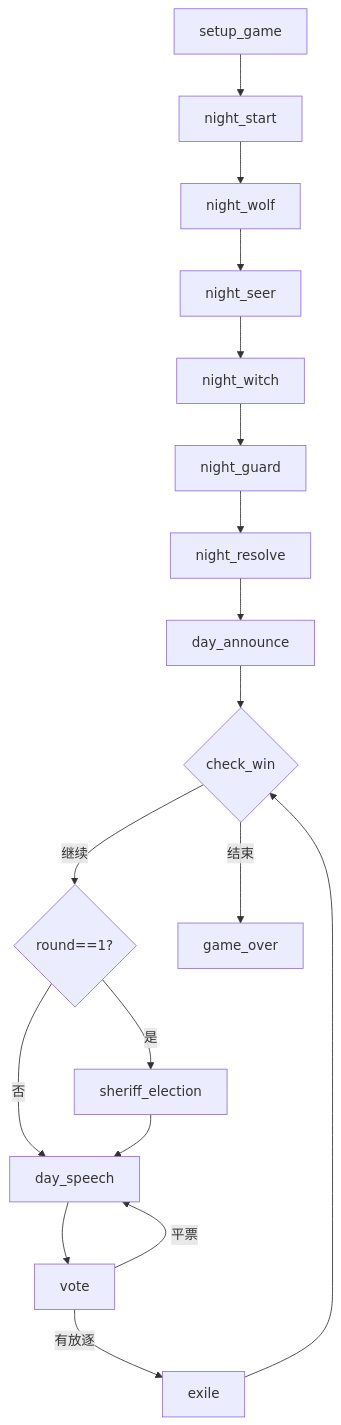
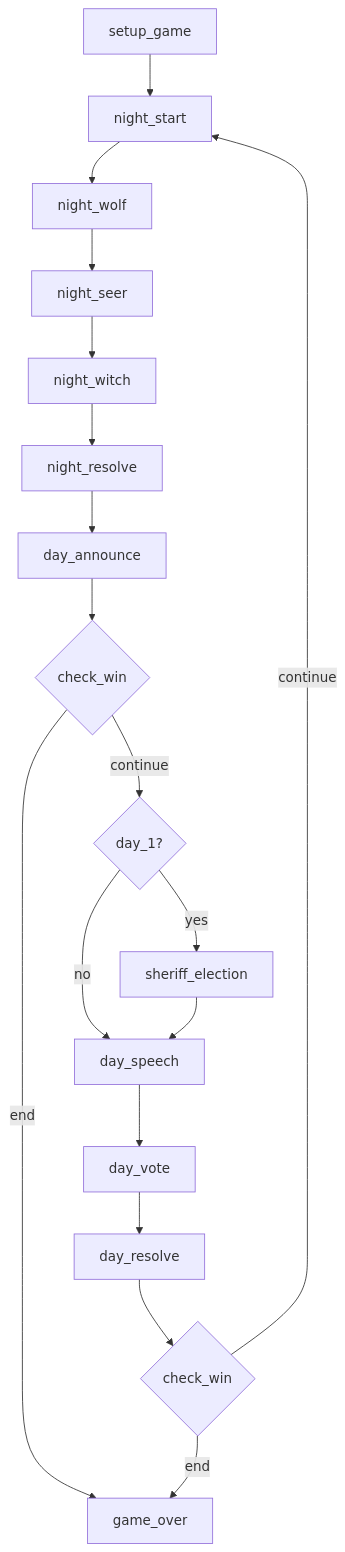
The diagram in PLAN.md (upczww/CyberWolf), drawn with Mermaid before and after one commit. The commit also changed other lines of this file and 71 other files, not shown here.

````diff
--- a/PLAN.md
+++ b/PLAN.md
@@ -80,20 +342,20 @@
 ```mermaid
 graph TD
     A[setup_game] --> B[night_start]
     B --> C[night_wolf]
     C --> D[night_seer]
     D --> E[night_witch]
-    E --> F[night_guard]
-    F --> G[night_resolve]
-    G --> H[day_announce]
-    H --> I{check_win}
-    I --继续--> J{round==1?}
-    J --是--> K[sheriff_election]
-    J --否--> L[day_speech]
-    K --> L
-    L --> M[vote]
-    M --有放逐--> N[exile]
-    M --平票--> L
-    N --> I
-    I --结束--> O[game_over]
+    E --> F[night_resolve]
+    F --> G[day_announce]
+    G --> H{check_win}
+    H -- end --> Z[game_over]
+    H -- continue --> I{day_1?}
+    I -- yes --> J[sheriff_election]
+    I -- no --> K[day_speech]
+    J --> K
+    K --> L[day_vote]
+    L --> M[day_resolve]
+    M --> N{check_win}
+    N -- end --> Z
+    N -- continue --> B
 ```
````
